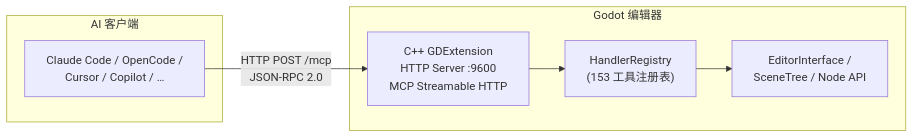
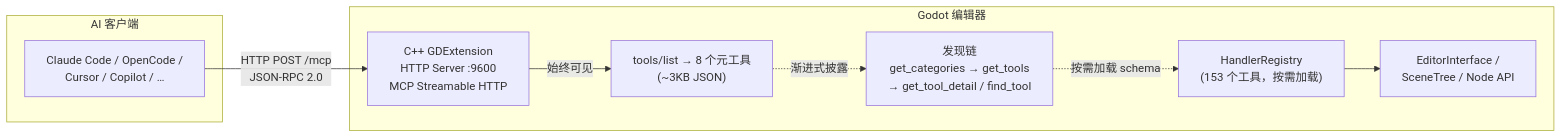
The diagram in README-zh.md (jesspig/GodotMCP-GDExtension), drawn with Mermaid before and after one commit. The commit also changed other lines of this file and 16 other files, not shown here.

````diff
--- a/README-zh.md
+++ b/README-zh.md
@@ -13,16 +13,20 @@
 ```mermaid
 graph LR
     subgraph AI["AI 客户端"]
         Client["Claude Code / OpenCode /<br/>Cursor / Copilot / …"]
     end
 
     subgraph GodotProc["Godot 编辑器"]
         HTTP["C++ GDExtension<br/>HTTP Server :9600<br/>MCP Streamable HTTP"]
-        Registry["HandlerRegistry<br/>(153 工具注册表)"]
+        Meta["tools/list → 8 个元工具<br/>(~3KB JSON)"]
+        Discover["发现链<br/>get_categories → get_tools<br/>→ get_tool_detail / find_tool"]
+        Registry["HandlerRegistry<br/>(153 个工具，按需加载)"]
         Editor["EditorInterface /<br/>SceneTree / Node API"]
     end
 
     Client -->|HTTP POST /mcp<br/>JSON-RPC 2.0| HTTP
-    HTTP --> Registry
+    HTTP -->|始终可见| Meta
+    Meta -.->|渐进式披露| Discover
+    Discover -.->|按需加载 schema| Registry
     Registry --> Editor
 ```
````
